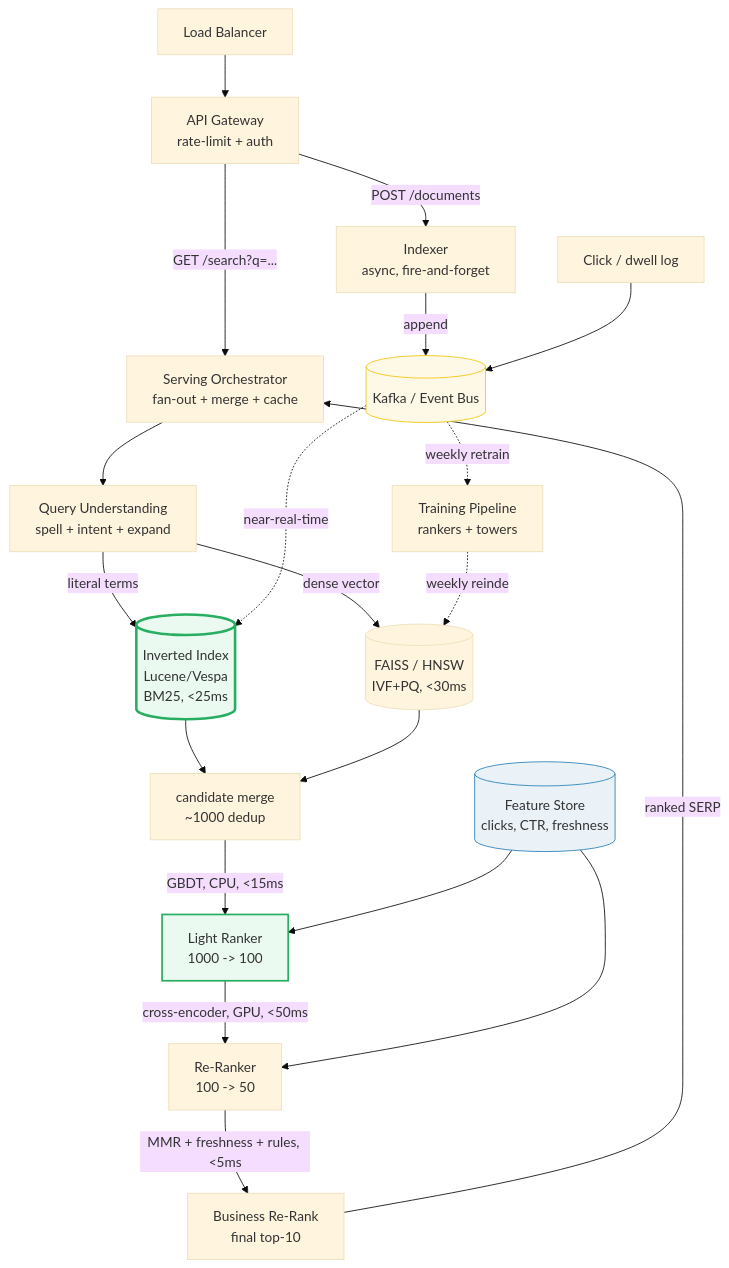
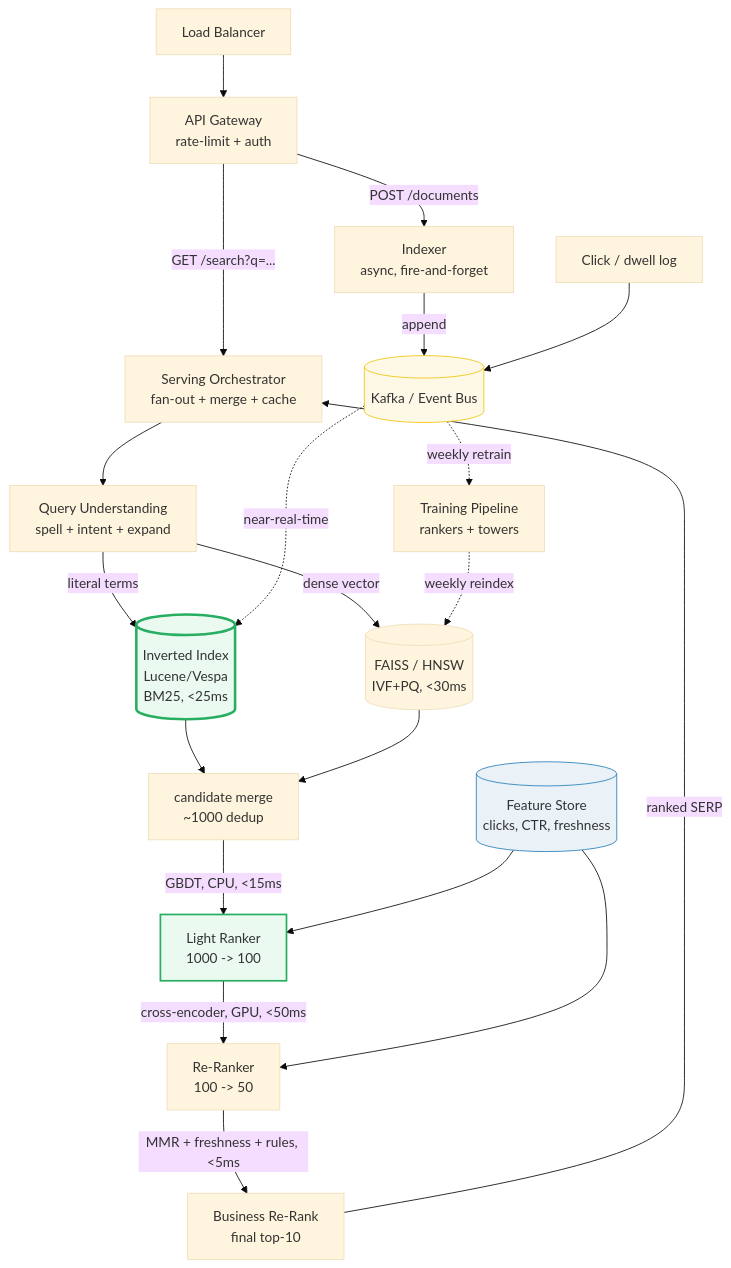
The second of 2 diagrams in systemdesign/SEARCH_RANKING.md (quanhua92/tutorials), drawn with Mermaid (base theme) before and after one commit. The commit also changed other lines of this file and 74 other files, not shown here.

First line of the commit message:
fix(mermaid): fix all 11 mmdc-verified broken diagrams across 72 files

````diff
--- a/systemdesign/SEARCH_RANKING.md
+++ b/systemdesign/SEARCH_RANKING.md
@@ -109,26 +109,26 @@
 ```mermaid
 graph TD
     LB["Load Balancer"] --> AGW["API Gateway<br/>rate-limit + auth"]
     AGW -->|GET /search?q=...| RD["Serving Orchestrator<br/>fan-out + merge + cache"]
     AGW -->|POST /documents| IDX["Indexer<br/>async, fire-and-forget"]
     RD --> QU["Query Understanding<br/>spell + intent + expand"]
     QU -->|"literal terms"| BM[("Inverted Index<br/>Lucene/Vespa<br/>BM25, <25ms")]
     QU -->|"dense vector"| ANN[("FAISS / HNSW<br/>IVF+PQ, <30ms")]
     BM --> MERGE["candidate merge<br/>~1000 dedup"]
     ANN --> MERGE
     MERGE -->|"GBDT, CPU, <15ms"| LR["Light Ranker<br/>1000 -> 100"]
     LR -->|"cross-encoder, GPU, <50ms"| XE["Re-Ranker<br/>100 -> 50"]
     XE -->|"MMR + freshness + rules, <5ms"| BIZ["Business Re-Rank<br/>final top-10"]
     BIZ -->|ranked SERP| RD
     IDX -->|append| KF[("Kafka / Event Bus")]
-    KF -.near-real-time.-> BM
+    KF -.->|near-real-time| BM
     LOG["Click / dwell log"] --> KF
-    KF -.weekly retrain.-> TRN["Training Pipeline<br/>rankers + towers"]
-    TRN -.weekly reindex.-> ANN
+    KF -.->|weekly retrain| TRN["Training Pipeline<br/>rankers + towers"]
+    TRN -.->|weekly reindex| ANN
     FS[("Feature Store<br/>clicks, CTR, freshness")] --> LR
     FS --> XE
     style BM fill:#eafaf1,stroke:#27ae60,stroke-width:3px
     style LR fill:#eafaf1,stroke:#27ae60,stroke-width:2px
     style KF fill:#fef9e7,stroke:#f1c40f
     style FS fill:#eaf2f8,stroke:#2980b9
 ```
````
